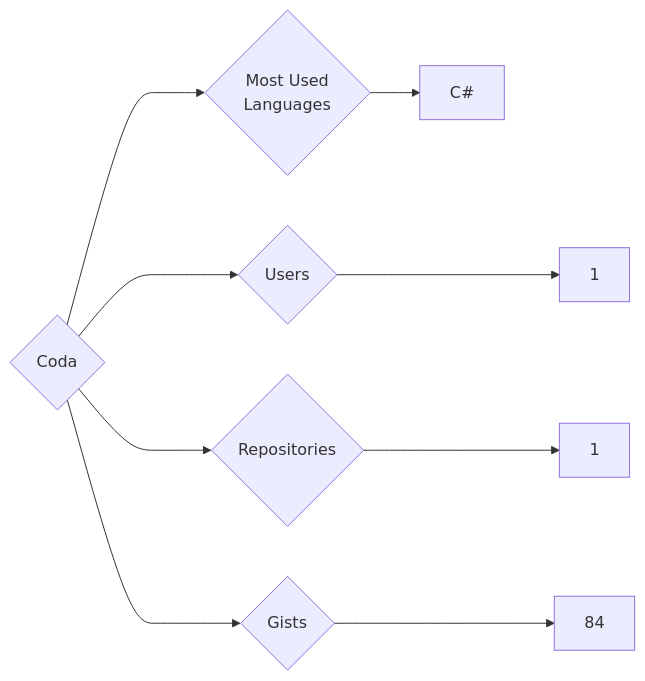
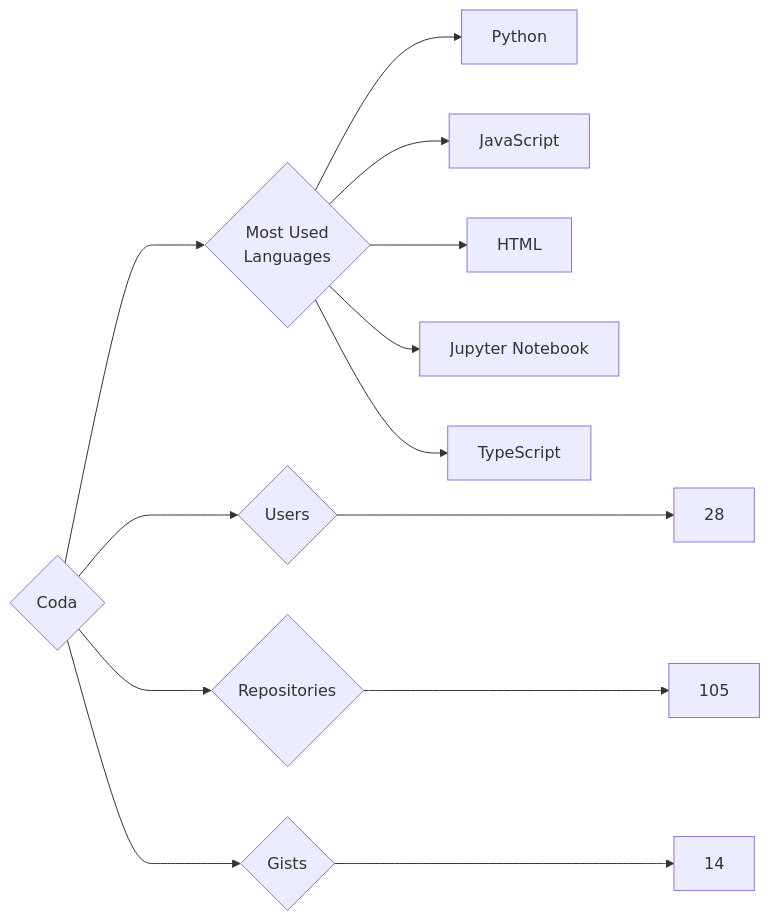
Before and after one commit to trickest/insiders: the diagram in targets/Coda/README.md, drawn with Mermaid. The commit also changed 837 other files, not shown here.

````diff
--- a/targets/Coda/README.md
+++ b/targets/Coda/README.md
@@ -3,9 +3,13 @@
 ```mermaid
 graph LR
 COMPANY_NAME{Coda}
-COMPANY_NAME ---> U{Users} ---> UN[1]
-COMPANY_NAME ---> R{Repositories} ---> RN[1]
-COMPANY_NAME ---> G{Gists} ---> GN[84]
+COMPANY_NAME ---> U{Users} ---> UN[28]
+COMPANY_NAME ---> R{Repositories} ---> RN[105]
+COMPANY_NAME ---> G{Gists} ---> GN[14]
 COMPANY_NAME ---> ML{Most Used<br>Languages}
-ML --> C#[C#]
+ML --> Python[Python]
+ML --> JavaScript[JavaScript]
+ML --> HTML[HTML]
+ML --> Jupyter_Notebook[Jupyter Notebook]
+ML --> TypeScript[TypeScript]
 ```
````
